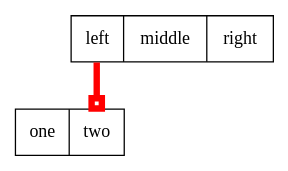
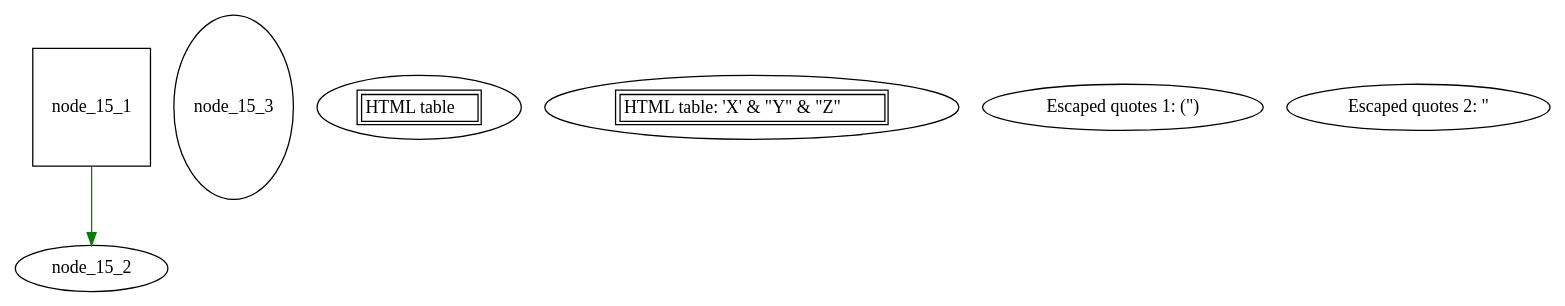
One commit to gitpan/GraphViz2-Marpa changed the diagram in data/15.gv. Above: the diagram before and after it, drawn with Graphviz. The commit also changed 1063 other files, not shown here.

First line of the commit message:
Import of RSAVAGE/GraphViz2-Marpa-2.00.tgz from CPAN.

```diff
--- a/data/15.gv
+++ b/data/15.gv
@@ -1,24 +1,18 @@
 digraph graph_15
 {
-	node
-	[
-		shape = "record"
-	]
 	edge
 	[
-		color = "red"
-		penwidth = 5
-	]
-	node_15_1
-	[
-		label = "<f0> left|<f1> middle|<f2> right"
-	]
-	node_15_2
-	[
-		label = "<f0> one|<f1> two"
-	]
-	node_15_1:f0 -> node_15_2:f1
-	[
-		arrowhead = "obox"
-	]
+		"color" = "green",
+	];
+
+	node_15_1 [fillcolor = red shape = square,];
+	node_15_2 ["size"    = "5,8"]
+	node_15_3 [height    = "2"];
+	node_15_4 [label     = <<table><tr><td>HTML table</td></tr></table>>]
+	node_15_5 [label     = <<table><tr><td>'HTML table'</td></tr></table>>];
+	node_15_5 [label     = <<table><tr><td>HTML table: 'X' &amp; "Y" &amp; "Z"</td></tr></table>>]
+	node_15_6 [label     = "Escaped quotes 1: (\")"];
+	node_15_7 [label     = "Escaped quotes 2: \""];
+
+	node_15_1 -> node_15_2;
 }
```
